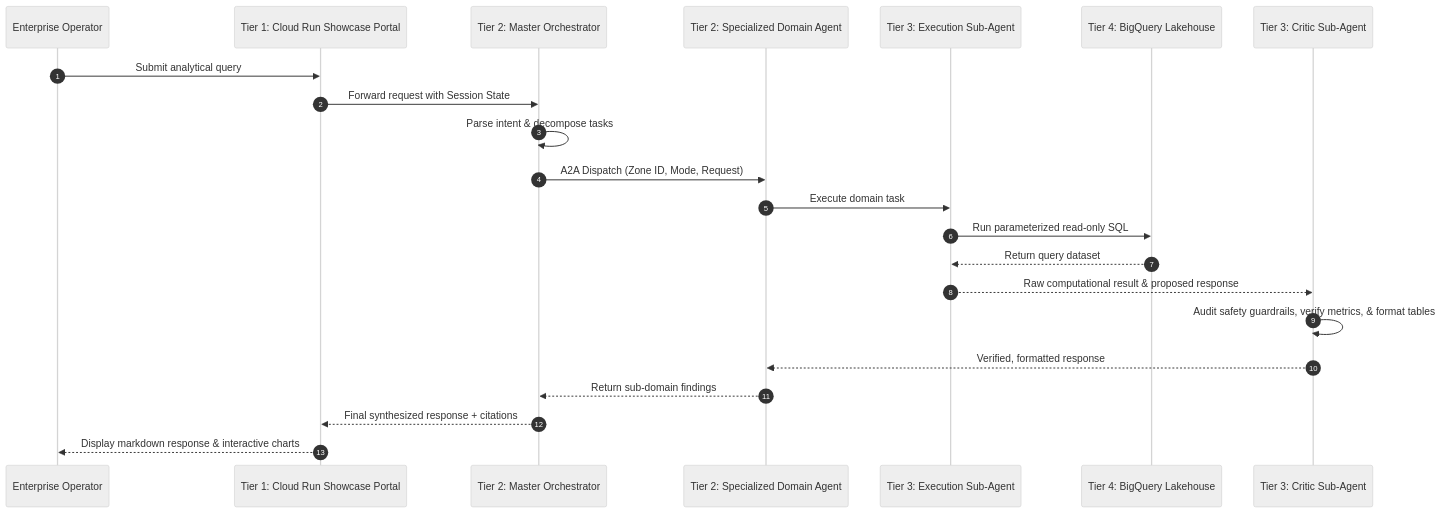
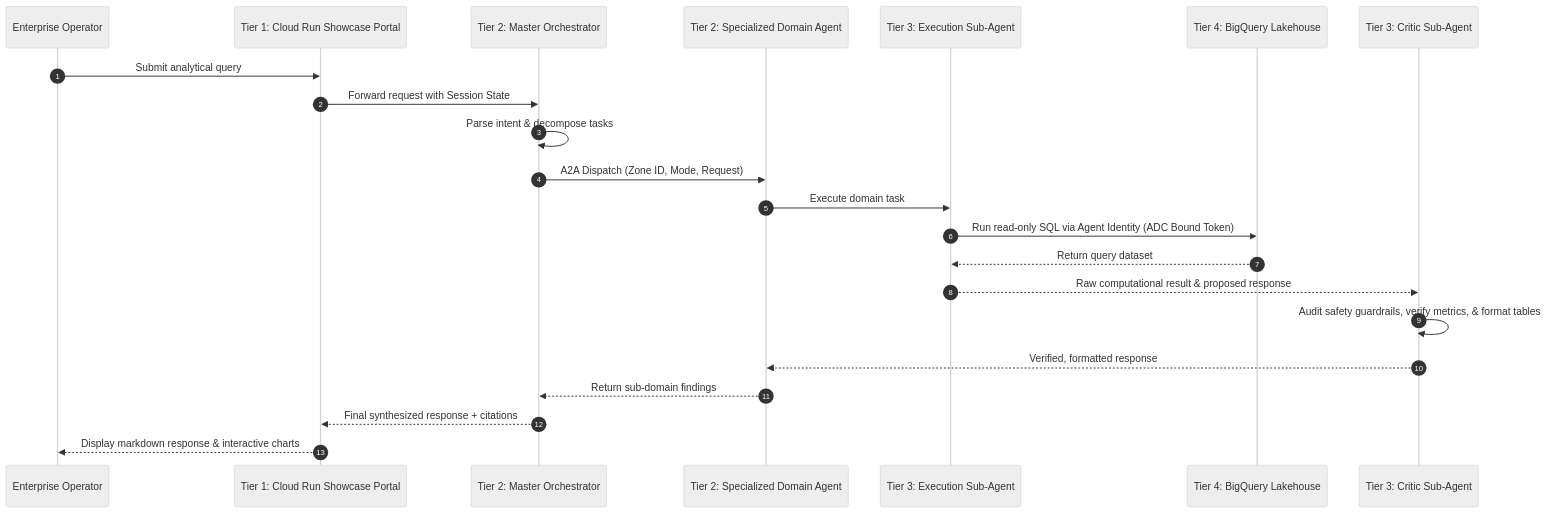
The diagram in ARCHITECTURE.md (FCLW/Utilities-Agents), drawn with Mermaid (neutral theme) before and after one commit. The commit also changed other lines of this file and 237 other files, not shown here.

Commit message:
feat: migrate agent resource and data access to Agent Identity

````diff
--- a/ARCHITECTURE.md
+++ b/ARCHITECTURE.md
@@ -223,25 +225,25 @@
 ```mermaid
 sequenceDiagram
     autonumber
     participant User as Enterprise Operator
     participant Portal as Tier 1: Cloud Run Showcase Portal
     participant Orchestrator as Tier 2: Master Orchestrator
     participant Specialist as Tier 2: Specialized Domain Agent
     participant Execution as Tier 3: Execution Sub-Agent
     participant BQ as Tier 4: BigQuery Lakehouse
     participant Critic as Tier 3: Critic Sub-Agent
 
     User->>Portal: Submit analytical query
     Portal->>Orchestrator: Forward request with Session State
     Orchestrator->>Orchestrator: Parse intent & decompose tasks
     Orchestrator->>Specialist: A2A Dispatch (Zone ID, Mode, Request)
     Specialist->>Execution: Execute domain task
-    Execution->>BQ: Run parameterized read-only SQL
+    Execution->>BQ: Run read-only SQL via Agent Identity (ADC Bound Token)
     BQ-->>Execution: Return query dataset
     Execution-->>Critic: Raw computational result & proposed response
     Critic->>Critic: Audit safety guardrails, verify metrics, & format tables
     Critic-->>Specialist: Verified, formatted response
     Specialist-->>Orchestrator: Return sub-domain findings
     Orchestrator-->>Portal: Final synthesized response + citations
     Portal-->>User: Display markdown response & interactive charts
 ```
````
